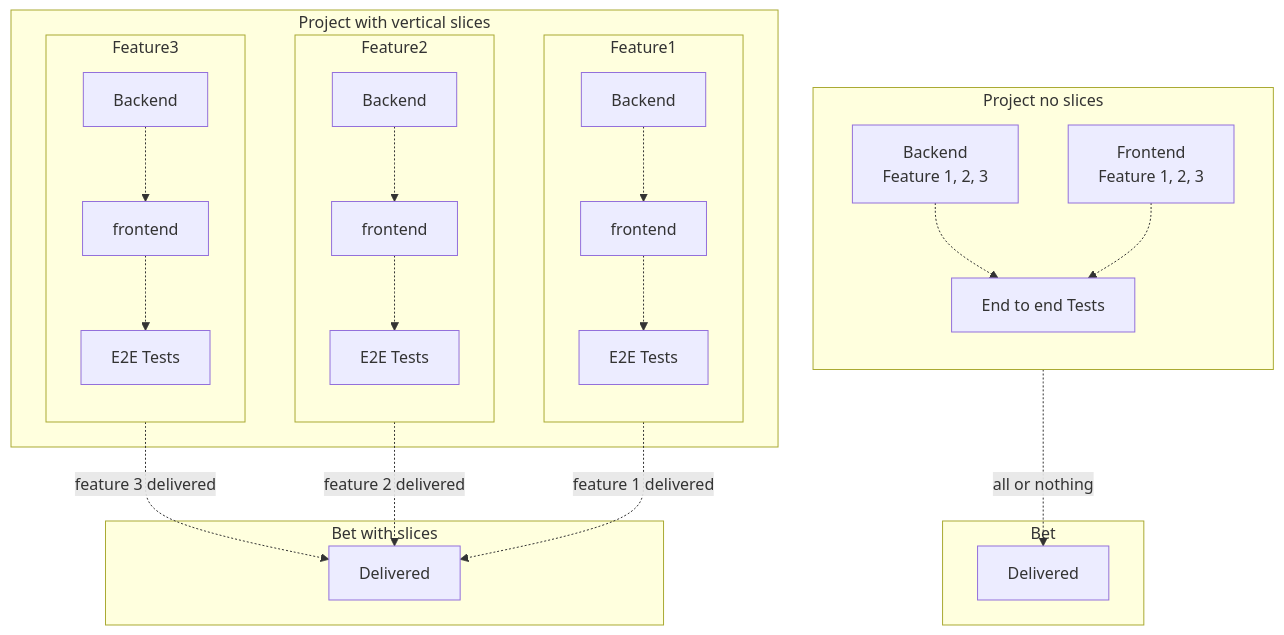
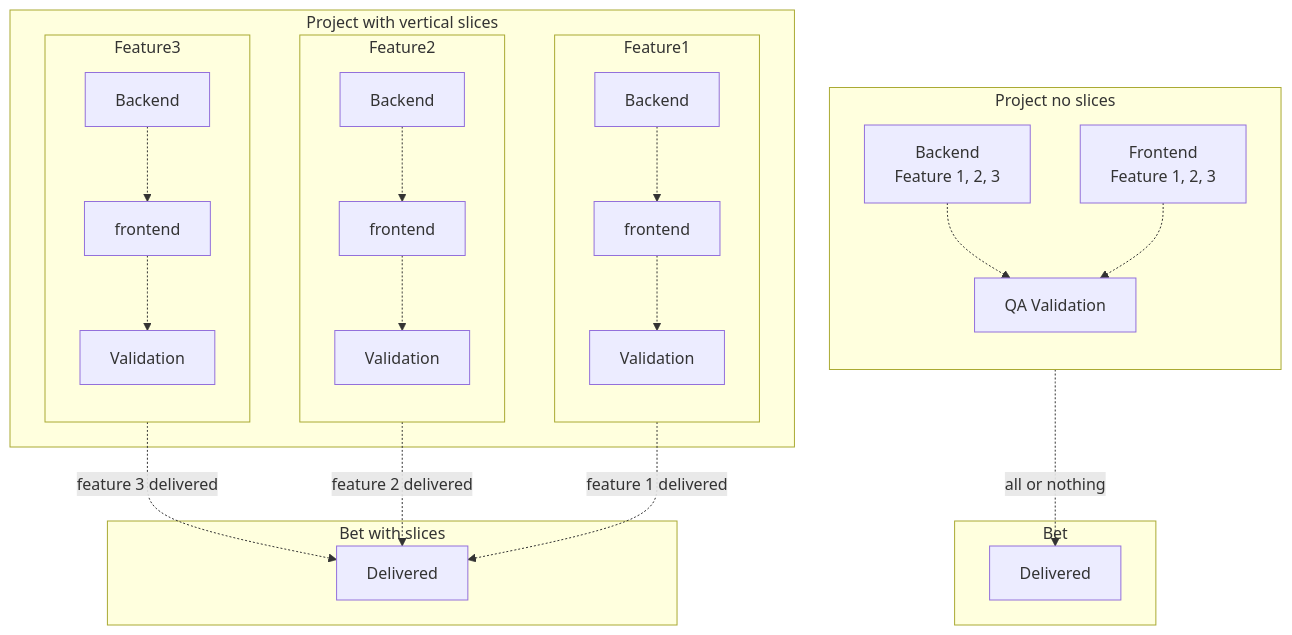
One commit to sylhare/sylhare.github.io changed the diagram in _posts/2024/2024-12-19-Shape-up-dev.md. Above: the diagram before and after it, drawn with Mermaid.

````diff
--- a/_posts/2024/2024-12-19-Shape-up-dev.md
+++ b/_posts/2024/2024-12-19-Shape-up-dev.md
@@ -79,39 +79,39 @@
 ```mermaid
 flowchart TD
 
     subgraph Bet
         D1[Delivered]
     end    
 
     subgraph Project no slices
         direction TB
         Backend[Backend<br>Feature 1, 2, 3] -.-> Test
         Frontend[Frontend<br>Feature 1, 2, 3] -.-> Test
-        Test[End to end Tests] -.->|all or nothing| D1
+        Test[QA Validation] -.->|all or nothing| D1
     end
 
     subgraph Bet with slices
         D2[Delivered]
     end    
 
     subgraph Project with vertical slices
         subgraph Feature1
             direction TB
             A[Backend] -.-> B[frontend]
-            B -.-> T1[E2E Tests]
+            B -.-> T1[Validation]
             T1 -.->|feature 1 delivered| D2
         end
         subgraph Feature2
             direction TB
             C[Backend] -.-> D[frontend]
-            D -.-> T2[E2E Tests]
+            D -.-> T2[Validation]
             T2 -.->|feature 2 delivered| D2
         end
         subgraph Feature3
             direction TB
             E[Backend] -.-> F[frontend]
-            F -.-> T3[E2E Tests]
+            F -.-> T3[Validation]
             T3 -.->|feature 3 delivered| D2
         end
     end
 ```
````
